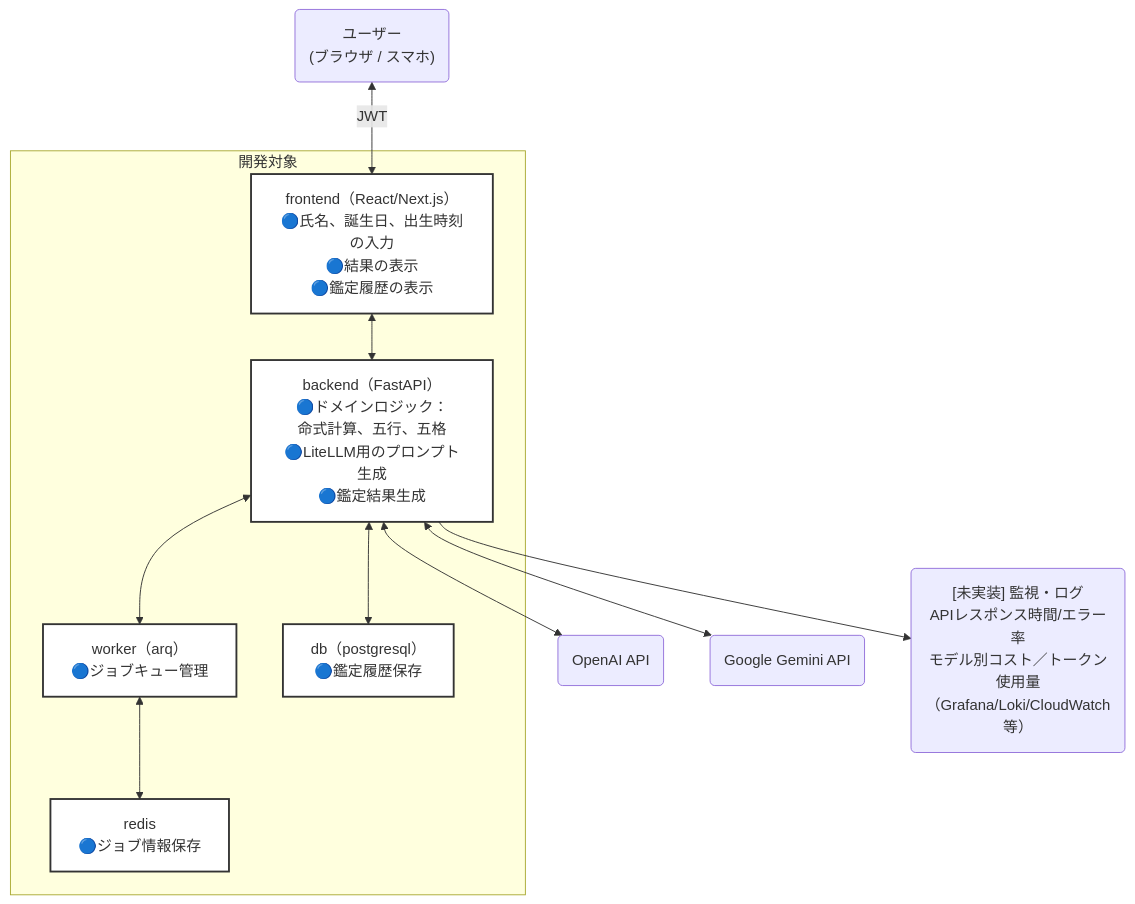
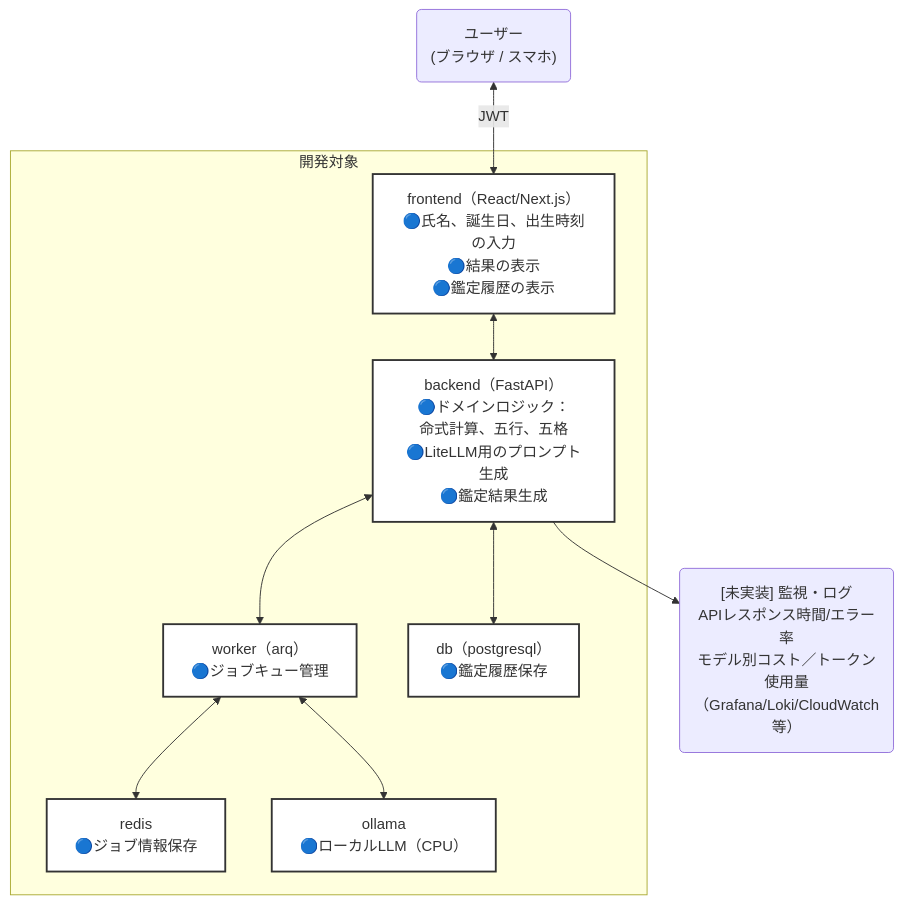
One commit to plaodas/fortunes changed the diagram in README.md. Above: the diagram before and after it, drawn with Mermaid. The commit also changed other lines of this file and 8 other files, not shown here.

````diff
--- a/README.md
+++ b/README.md
@@ -31,53 +32,53 @@
 ```mermaid
 flowchart TD
   %% ノード定義
   user("`ユーザー
     (ブラウザ / スマホ)
   `")
   subgraph 開発対象
     frontend["`frontend（React/Next.js）
       🔵氏名、誕生日、出生時刻の入力
       🔵結果の表示
       🔵鑑定履歴の表示
     `"]
     backend["`backend（FastAPI）
       🔵ドメインロジック：
         命式計算、五行、五格
       🔵LiteLLM用のプロンプト生成
       🔵鑑定結果生成
     `"]
     worker["`worker（arq）
       🔵ジョブキュー管理
     `"]
     redis["`redis
       🔵ジョブ情報保存
     `"]
     db["`db（postgresql）
       🔵鑑定履歴保存
     `"]
+    ollama["`ollama
+      🔵ローカルLLM（CPU）
+    `"]
   end
-  openai("OpenAI API")
-  google("Google Gemini API")
   monitor("`[未実装] 監視・ログ
     APIレスポンス時間/エラー率
     モデル別コスト／トークン使用量
     （Grafana/Loki/CloudWatch等）
   `")
 
   user <-->|JWT| frontend
   frontend <--> backend
   backend <--> worker
   worker <--> redis
   backend <--> db
   backend --> monitor
-  backend <--> openai
-  backend <--> google
+  worker <--> ollama
 
   %% 幅を指定するクラス定義（pxで指定）
 
   classDef wideCard stroke:#333,stroke-width:1px
   class * wideCard
   classDef dev fill:#fff,stroke:#333,stroke-width:2px,width:400px;text-align:center
-  class frontend,backend,worker,redis,db dev
+  class frontend,backend,worker,redis,db,ollama dev
 
 ```
````
